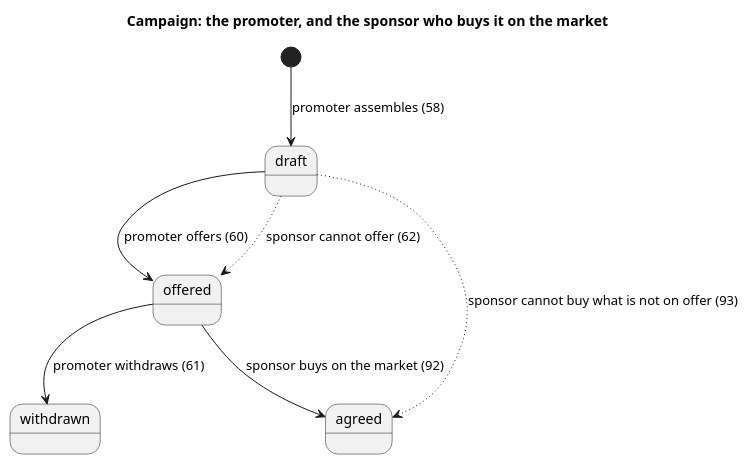
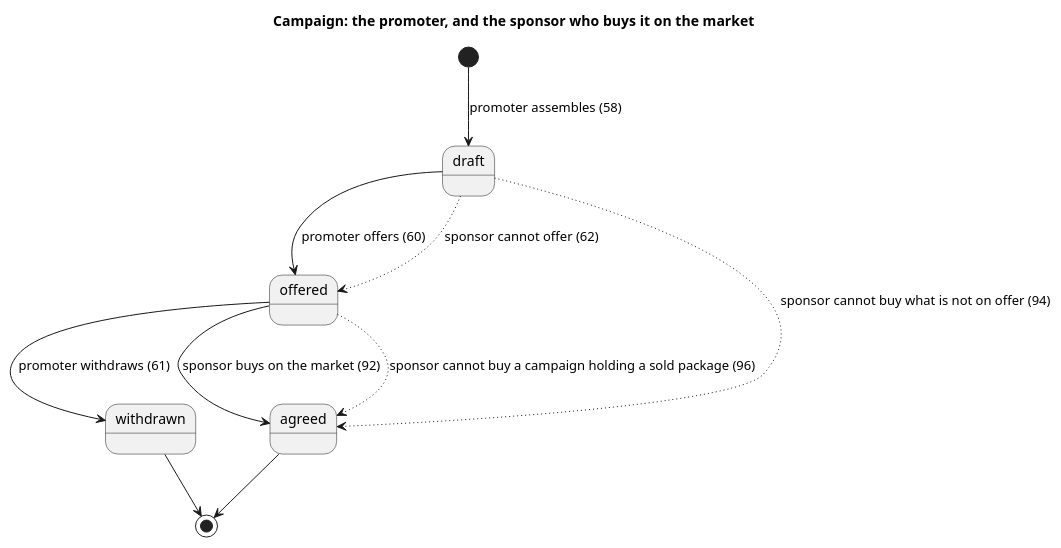
The diagram in uml/londons/src/campaign.puml (blueshed/dzql), drawn with PlantUML before and after one commit. The commit also changed 10 other files, not shown here.

First line of the commit message:
londons: a package is sold alone or in a campaign, and either way it is agreed and gone from every other sponsor's market; nothing ended goes again -- a new one is made

```diff
--- a/uml/londons/src/campaign.puml
+++ b/uml/londons/src/campaign.puml
@@ -1,9 +1,12 @@
 @startuml
 title Campaign: the promoter, and the sponsor who buys it on the market
 [*] --> draft : promoter assembles (58)
 draft --> offered : promoter offers (60)
 offered --> withdrawn : promoter withdraws (61)
 offered --> agreed : sponsor buys on the market (92)
 draft -[dotted]-> offered : sponsor cannot offer (62)
-draft -[dotted]-> agreed : sponsor cannot buy what is not on offer (93)
+draft -[dotted]-> agreed : sponsor cannot buy what is not on offer (94)
+offered -[dotted]-> agreed : sponsor cannot buy a campaign holding a sold package (96)
+withdrawn --> [*]
+agreed --> [*]
 @enduml
```
